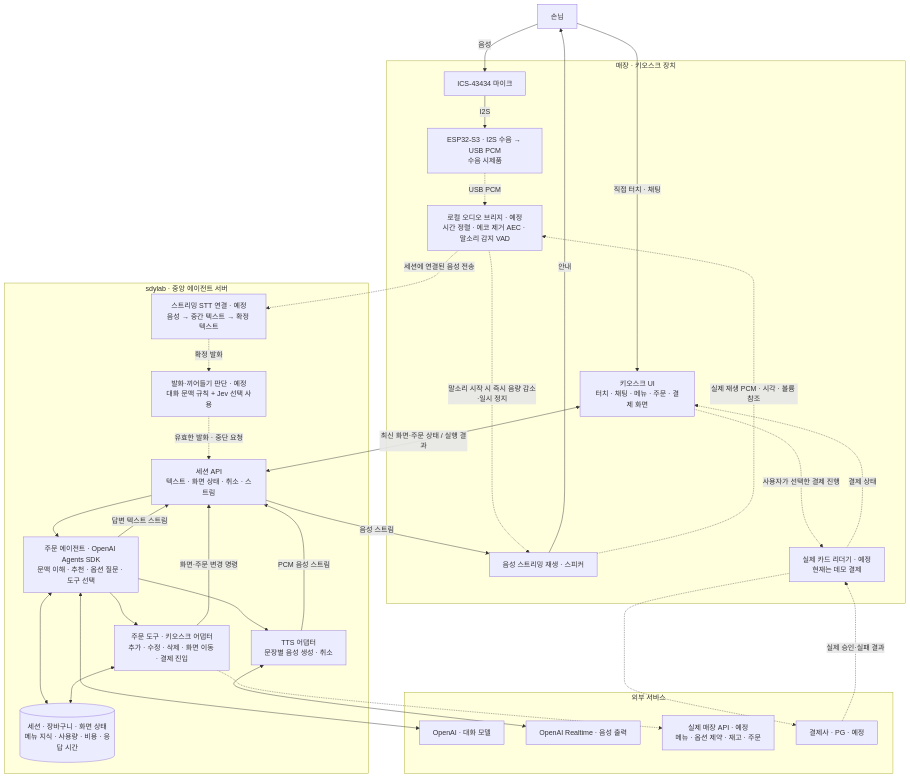
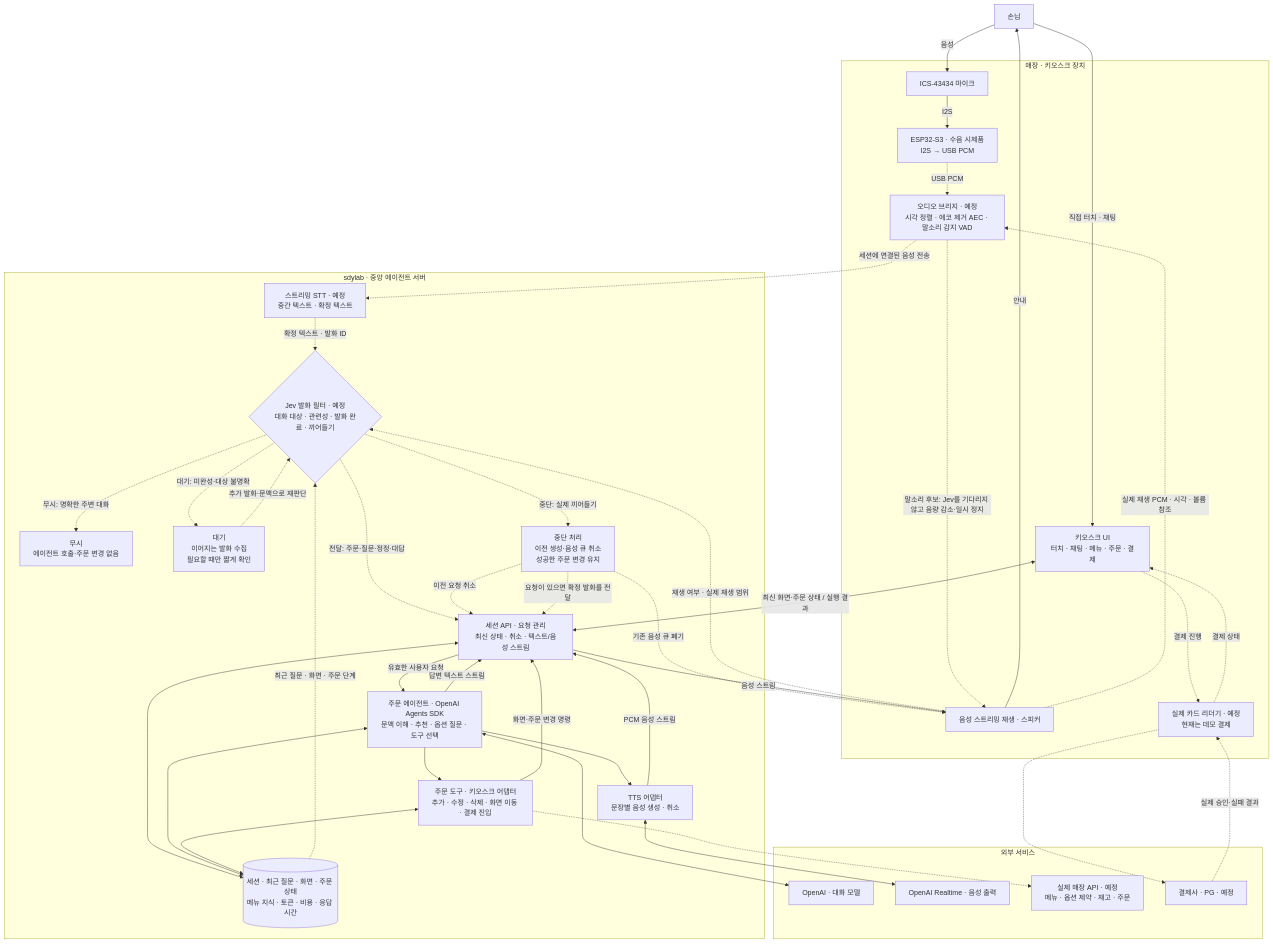
Before and after one commit to playlistSDY/26-capstone: the diagram in docs/agent/시스템_아키텍처.md, drawn with Mermaid. The commit also changed other lines of this file and 2 other files, not shown here.

Commit message:
docs(agent): Clarify Jev filtering flow

````diff
--- a/docs/agent/시스템_아키텍처.md
+++ b/docs/agent/시스템_아키텍처.md
@@ -5,55 +5,68 @@
 ```mermaid
 flowchart TB
-    USER[손님]
+    USER["손님"]
 
-    subgraph LOCAL[매장 · 키오스크 장치]
-        MIC[ICS-43434 마이크]
-        ESP[ESP32-S3 · I2S 수음 → USB PCM\n수음 시제품]
-        AUDIO[로컬 오디오 브리지 · 예정\n시간 정렬 · 에코 제거 AEC · 말소리 감지 VAD]
-        UI[키오스크 UI\n터치 · 채팅 · 메뉴 · 주문 · 결제 화면]
-        PLAY[음성 스트리밍 재생 · 스피커]
-        READER[실제 카드 리더기 · 예정\n현재는 데모 결제]
+    subgraph LOCAL["매장 · 키오스크 장치"]
+        MIC["ICS-43434 마이크"]
+        ESP["ESP32-S3 · 수음 시제품<br/>I2S → USB PCM"]
+        AUDIO["오디오 브리지 · 예정<br/>시각 정렬 · 에코 제거 AEC · 말소리 감지 VAD"]
+        UI["키오스크 UI<br/>터치 · 채팅 · 메뉴 · 주문 · 결제"]
+        PLAY["음성 스트리밍 재생 · 스피커"]
+        READER["실제 카드 리더기 · 예정<br/>현재는 데모 결제"]
     end
 
-    subgraph SERVER[sdylab · 중앙 에이전트 서버]
-        API[세션 API\n텍스트 · 화면 상태 · 취소 · 스트림]
-        STT[스트리밍 STT 연결 · 예정\n음성 → 중간 텍스트 → 확정 텍스트]
-        ROUTE[발화·끼어들기 판단 · 예정\n대화 문맥 규칙 + Jev 선택 사용]
-        AGENT[주문 에이전트 · OpenAI Agents SDK\n문맥 이해 · 추천 · 옵션 질문 · 도구 선택]
-        STATE[(세션 · 장바구니 · 화면 상태\n메뉴 지식 · 사용량 · 비용 · 응답 시간)]
-        TOOL[주문 도구 · 키오스크 어댑터\n추가 · 수정 · 삭제 · 화면 이동 · 결제 진입]
-        TTS[TTS 어댑터\n문장별 음성 생성 · 취소]
+    subgraph SERVER["sdylab · 중앙 에이전트 서버"]
+        STT["스트리밍 STT · 예정<br/>중간 텍스트 · 확정 텍스트"]
+        JEV{"Jev 발화 필터 · 예정<br/>대화 대상 · 관련성 · 발화 완료 · 끼어들기"}
+        IGNORE["무시<br/>에이전트 호출·주문 변경 없음"]
+        WAIT["대기<br/>이어지는 발화 수집<br/>필요할 때만 짧게 확인"]
+        CANCEL["중단 처리<br/>이전 생성·음성 큐 취소<br/>성공한 주문 변경 유지"]
+        API["세션 API · 요청 관리<br/>최신 상태 · 취소 · 텍스트/음성 스트림"]
+        AGENT["주문 에이전트 · OpenAI Agents SDK<br/>문맥 이해 · 추천 · 옵션 질문 · 도구 선택"]
+        STATE[("세션 · 최근 질문 · 화면 · 주문 상태<br/>메뉴 지식 · 토큰 · 비용 · 응답 시간")]
+        TOOL["주문 도구 · 키오스크 어댑터<br/>추가 · 수정 · 삭제 · 화면 이동 · 결제 진입"]
+        TTS["TTS 어댑터<br/>문장별 음성 생성 · 취소"]
     end
 
-    subgraph EXTERNAL[외부 서비스]
-        MODEL[OpenAI · 대화 모델]
-        VOICE[OpenAI Realtime · 음성 출력]
-        STORE[실제 매장 API · 예정\n메뉴 · 옵션 제약 · 재고 · 주문]
-        PG[결제사 · PG · 예정]
+    subgraph EXTERNAL["외부 서비스"]
+        MODEL["OpenAI · 대화 모델"]
+        VOICE["OpenAI Realtime · 음성 출력"]
+        STORE["실제 매장 API · 예정<br/>메뉴 · 옵션 제약 · 재고 · 주문"]
+        PG["결제사 · PG · 예정"]
     end
 
     USER -->|음성| MIC -->|I2S| ESP
     ESP -.->|USB PCM| AUDIO
     AUDIO -.->|세션에 연결된 음성 전송| STT
-    STT -.->|확정 발화| ROUTE
-    ROUTE -.->|유효한 발화 · 중단 요청| API
+    STT -.->|확정 텍스트 · 발화 ID| JEV
+    STATE -.->|최근 질문 · 화면 · 주문 단계| JEV
+    PLAY -.->|재생 여부 · 실제 재생 범위| JEV
+    JEV -.->|전달: 주문·질문·정정·대답| API
+    JEV -.->|무시: 명확한 주변 대화| IGNORE
+    JEV -.->|대기: 미완성·대상 불명확| WAIT
+    WAIT -.->|추가 발화·문맥으로 재판단| JEV
+    JEV -.->|중단: 실제 끼어들기| CANCEL
+    CANCEL -.->|이전 요청 취소| API
+    CANCEL -.->|기존 음성 큐 폐기| PLAY
+    CANCEL -.->|요청이 있으면 확정 발화를 전달| API
     USER -->|직접 터치 · 채팅| UI
     UI <-->|최신 화면·주문 상태 / 실행 결과| API
-    API --> AGENT
+    API -->|유효한 사용자 요청| AGENT
+    API <--> STATE
     AGENT <--> MODEL
     AGENT <--> STATE
     AGENT --> TOOL
     TOOL <--> STATE
     TOOL -->|화면·주문 변경 명령| API
     TOOL -.-> STORE
     AGENT -->|답변 텍스트 스트림| API
     AGENT --> TTS <--> VOICE
     TTS -->|PCM 음성 스트림| API
     API -->|음성 스트림| PLAY -->|안내| USER
     PLAY -.->|실제 재생 PCM · 시각 · 볼륨 참조| AUDIO
-    AUDIO -.->|말소리 시작 시 즉시 음량 감소·일시 정지| PLAY
-    UI -.->|사용자가 선택한 결제 진행| READER
+    AUDIO -.->|말소리 후보: Jev를 기다리지 않고 음량 감소·일시 정지| PLAY
+    UI -.->|결제 진행| READER
     READER -.-> PG
     PG -.->|실제 승인·실패 결과| READER
     READER -.->|결제 상태| UI
 ```
````
